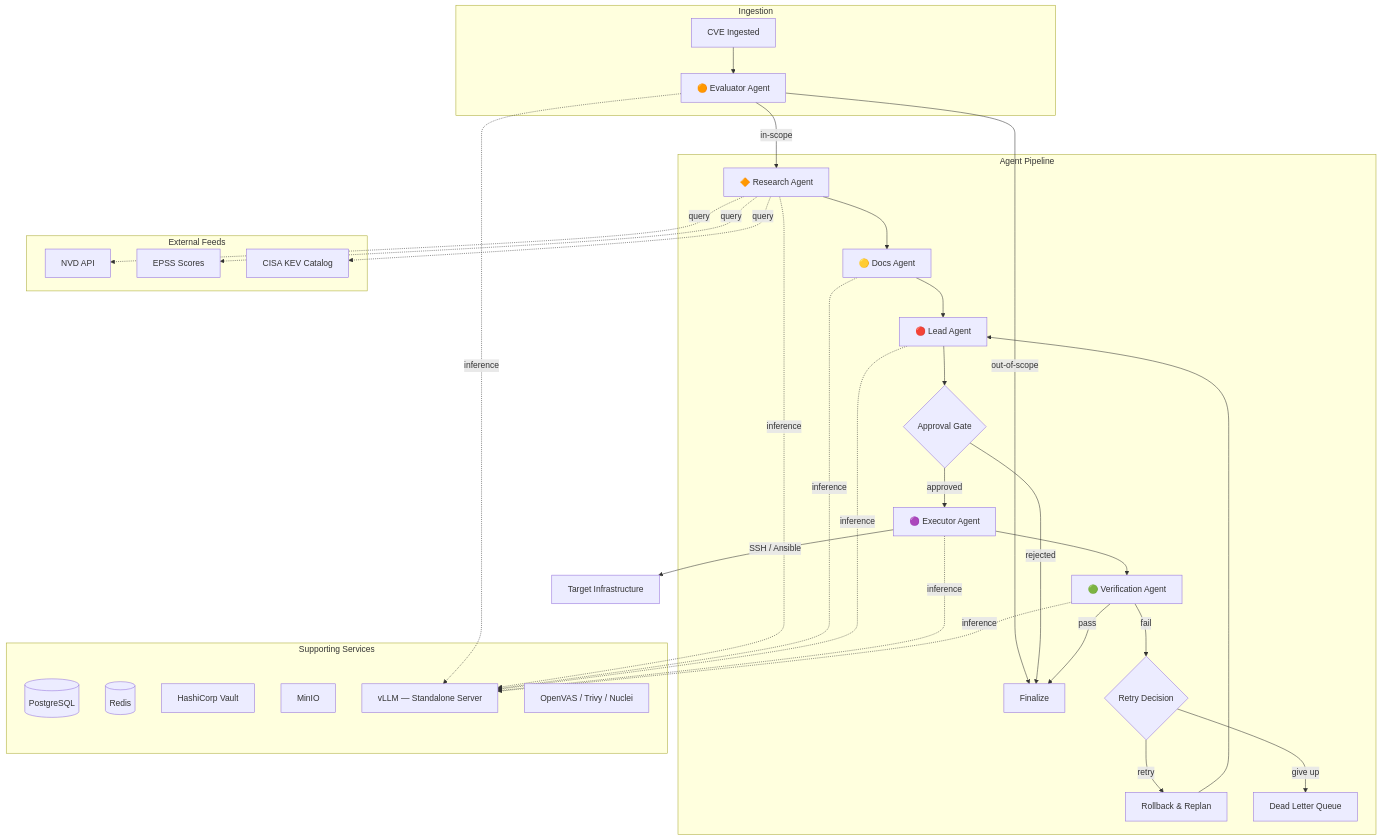
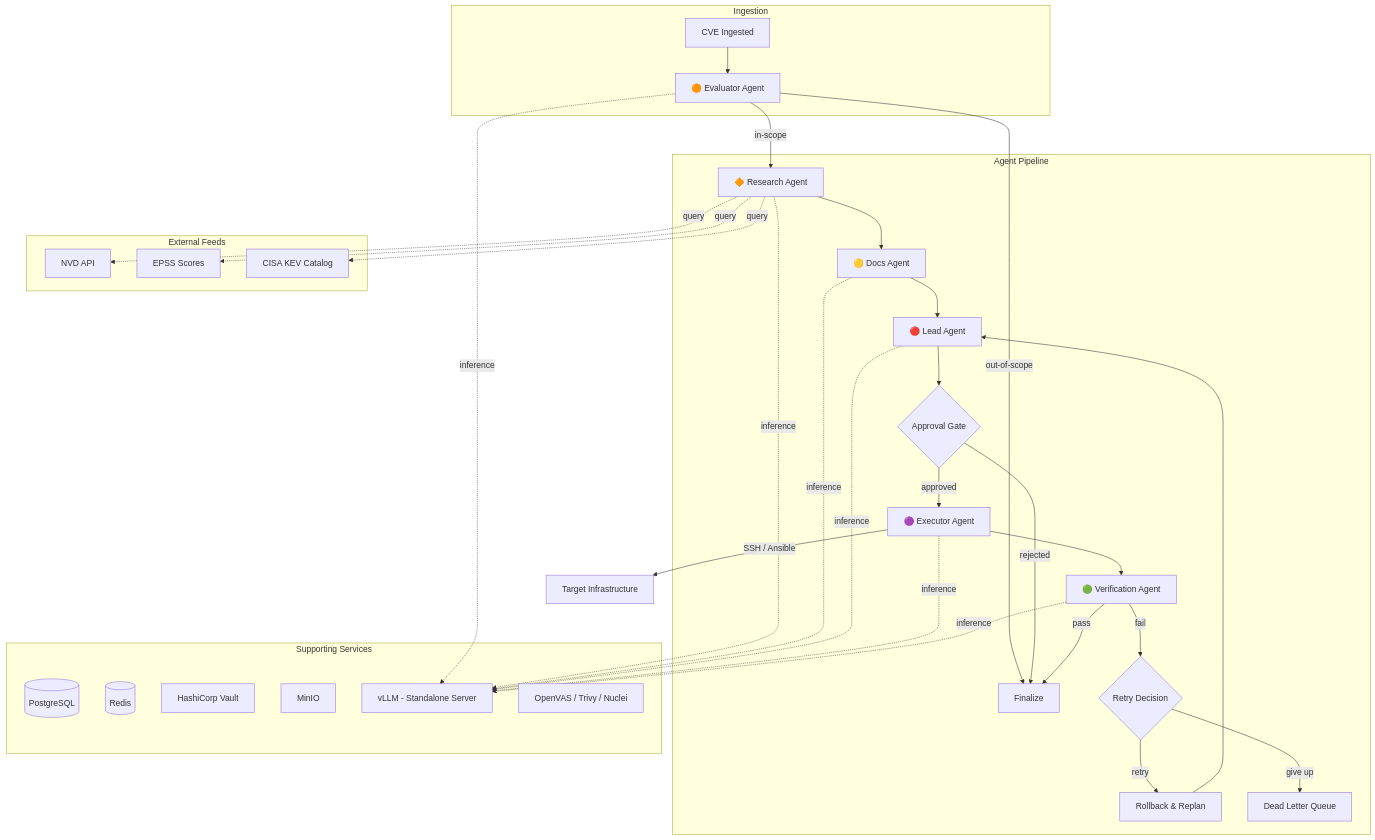
Before and after one commit to AKOrojo/autopatch: the first of 3 diagrams in README.md, drawn with Mermaid. The commit also changed other lines of this file, not shown here.

First line of the commit message:
fix: replace em dashes with hyphens in Mermaid subgraph names

````diff
--- a/README.md
+++ b/README.md
@@ -31,48 +31,48 @@
 ```mermaid
 graph TD
     subgraph Ingestion
         CVE[CVE Ingested] --> EVAL
     end
 
     subgraph Agent Pipeline
         EVAL[🟠 Evaluator Agent] -->|in-scope| RES[🔶 Research Agent]
         EVAL -->|out-of-scope| FIN[Finalize]
         RES --> DOCS[🟡 Docs Agent]
         DOCS --> LEAD[🔴 Lead Agent]
         LEAD --> APPROVE{Approval Gate}
         APPROVE -->|approved| EXEC[🟣 Executor Agent]
         APPROVE -->|rejected| FIN
         EXEC --> VERIFY[🟢 Verification Agent]
         VERIFY -->|pass| FIN
         VERIFY -->|fail| RETRY{Retry Decision}
         RETRY -->|retry| ROLLBACK[Rollback & Replan]
         RETRY -->|give up| DLQ[Dead Letter Queue]
         ROLLBACK --> LEAD
     end
 
     subgraph Supporting Services
         DB[(PostgreSQL)]
         CACHE[(Redis)]
         VAULT[HashiCorp Vault]
         MINIO[MinIO]
-        LLM[vLLM — Standalone Server]
+        LLM[vLLM - Standalone Server]
         SCAN[OpenVAS / Trivy / Nuclei]
     end
 
     subgraph External Feeds
         NVD[NVD API]
         EPSS[EPSS Scores]
         KEV[CISA KEV Catalog]
     end
 
     EXEC -->|SSH / Ansible| TARGETS[Target Infrastructure]
     RES -.->|query| NVD
     RES -.->|query| EPSS
     RES -.->|query| KEV
     EVAL -.->|inference| LLM
     RES -.->|inference| LLM
     DOCS -.->|inference| LLM
     LEAD -.->|inference| LLM
     EXEC -.->|inference| LLM
     VERIFY -.->|inference| LLM
 ```
````
